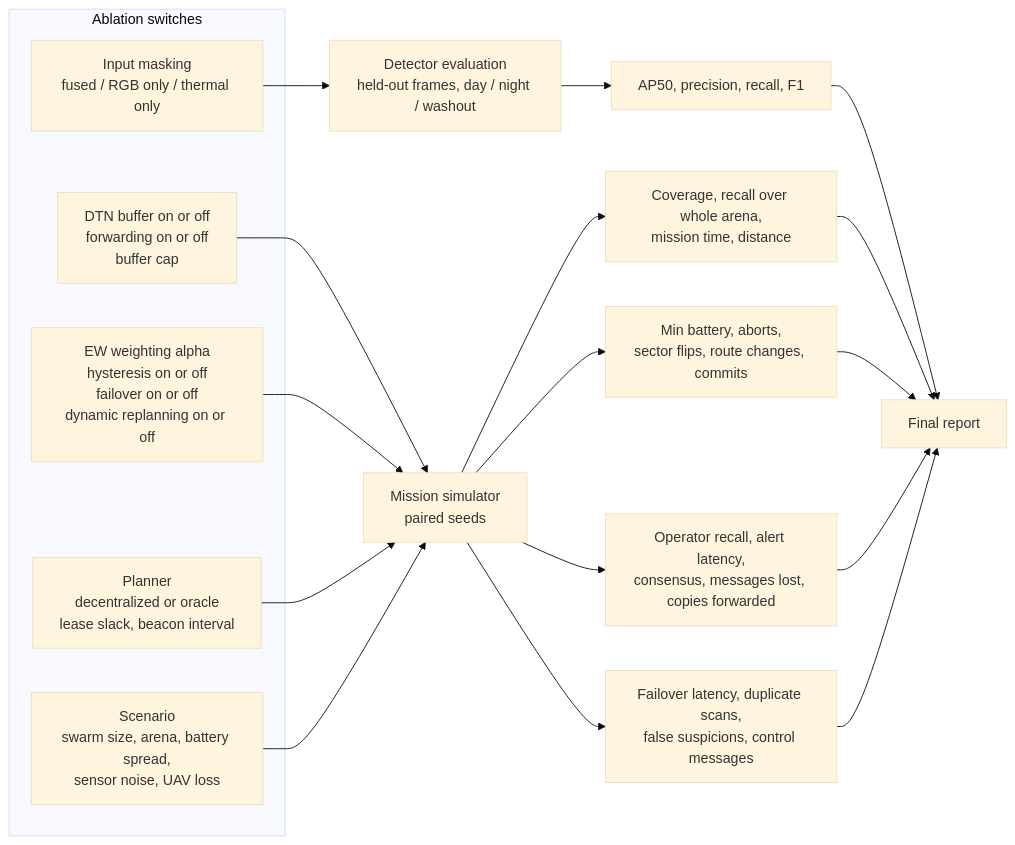
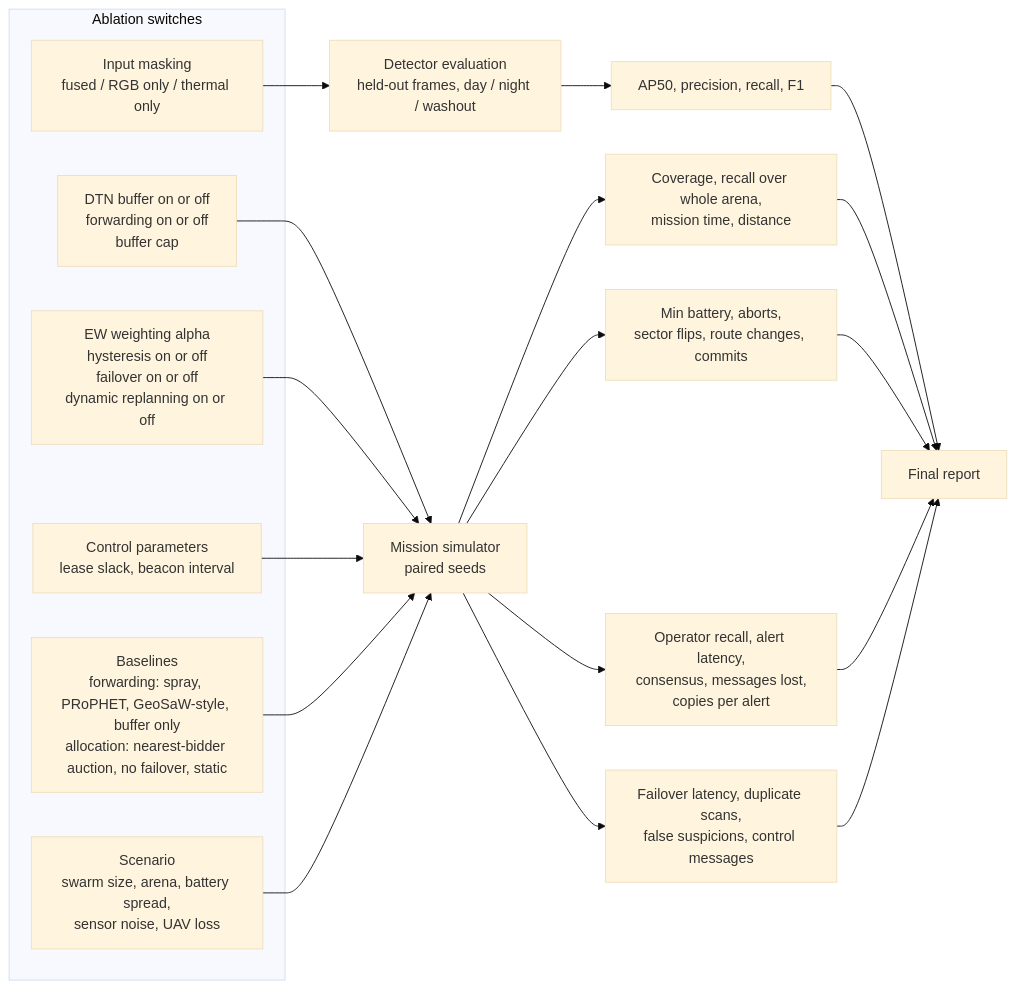
The ninth of 9 diagrams in docs/ARCHITECTURE_PROPOSAL.md (CodeWithDevesh/FlyNetSim), drawn with Mermaid (base theme) before and after one commit. The commit also changed other lines of this file and 17 other files, not shown here.

Commit message:
feat: add literature baselines (DTN forwarding, task allocation), update paper, docs and results

````diff
--- a/docs/ARCHITECTURE_PROPOSAL.md
+++ b/docs/ARCHITECTURE_PROPOSAL.md
@@ -289,28 +290,30 @@
 ```mermaid
 flowchart LR
   subgraph KNOBS["Ablation switches"]
     K1["Input masking<br/>fused / RGB only / thermal only"]
     K2["DTN buffer on or off<br/>forwarding on or off<br/>buffer cap"]
     K3["EW weighting alpha<br/>hysteresis on or off<br/>failover on or off<br/>dynamic replanning on or off"]
-    K4["Planner<br/>decentralized or oracle<br/>lease slack, beacon interval"]
+    K4["Control parameters<br/>lease slack, beacon interval"]
+    K5["Baselines<br/>forwarding: spray, PRoPHET, GeoSaW-style, buffer only<br/>allocation: nearest-bidder auction, no failover, static"]
     SC["Scenario<br/>swarm size, arena, battery spread,<br/>sensor noise, UAV loss"]
   end
 
   K1 --> EVAL["Detector evaluation<br/>held-out frames, day / night / washout"]
   K2 --> SIMX["Mission simulator<br/>paired seeds"]
   K3 --> SIMX
   K4 --> SIMX
+  K5 --> SIMX
   SC --> SIMX
 
   EVAL --> M1["AP50, precision, recall, F1"]
   SIMX --> M2["Coverage, recall over whole arena,<br/>mission time, distance"]
   SIMX --> M3["Min battery, aborts,<br/>sector flips, route changes, commits"]
-  SIMX --> M4["Operator recall, alert latency,<br/>consensus, messages lost, copies forwarded"]
+  SIMX --> M4["Operator recall, alert latency,<br/>consensus, messages lost,<br/>copies per alert"]
   SIMX --> M5["Failover latency, duplicate scans,<br/>false suspicions, control messages"]
 
   M1 --> REP["Final report"]
   M2 --> REP
   M3 --> REP
   M4 --> REP
   M5 --> REP
 ```
````
